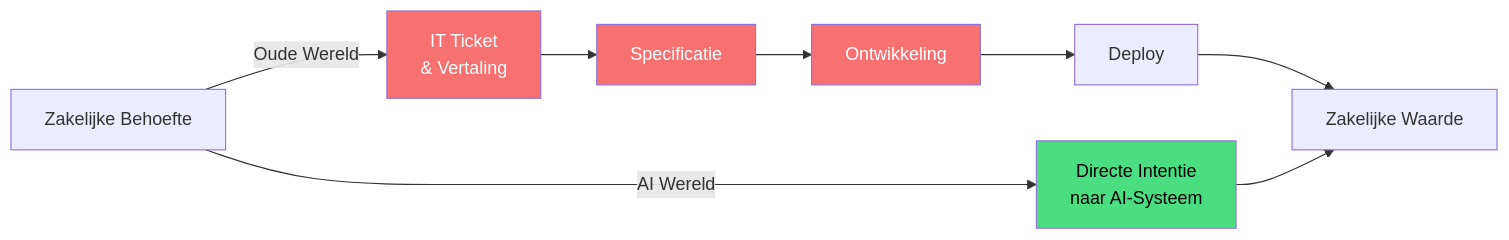
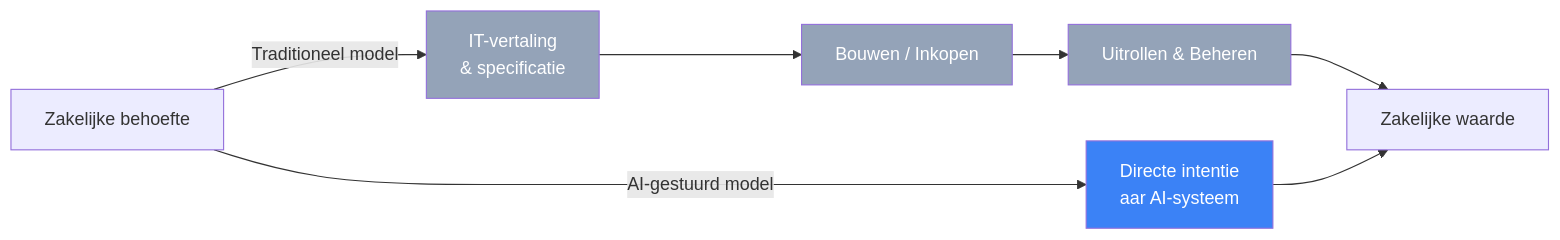
Before and after one commit to fps4/web-faridgurbanov: the first of 4 diagrams in src/content/nl/blog/it-org-ai-transformation.md, drawn with Mermaid. The commit also changed other lines of this file and 13 other files, not shown here.

````diff
--- a/src/content/nl/blog/it-org-ai-transformation.md
+++ b/src/content/nl/blog/it-org-ai-transformation.md
@@ -17,16 +20,15 @@
 ```mermaid
 flowchart LR
-    A["Zakelijke Behoefte"] -->|"Oude Wereld"| B["IT Ticket\n& Vertaling"]
-    B --> C["Specificatie"]
-    C --> D["Ontwikkeling"]
-    D --> E["Deploy"]
-    E --> F["Zakelijke Waarde"]
+    A["Zakelijke behoefte"] -->|"Traditioneel model"| B["IT-vertaling\n& specificatie"]
+    B --> C["Bouwen / Inkopen"]
+    C --> D["Uitrollen & Beheren"]
+    D --> E["Zakelijke waarde"]
 
-    A -->|"AI Wereld"| G["Directe Intentie\nnaar AI‑Systeem"]
-    G --> F
+    A -->|"AI-gestuurd model"| F["Directe intentie\naar AI-systeem"]
+    F --> E
 
-    style B fill:#f87171,color:#fff
-    style C fill:#f87171,color:#fff
-    style D fill:#f87171,color:#fff
-    style G fill:#4ade80,color:#000
+    style B fill:#94a3b8,color:#fff
+    style C fill:#94a3b8,color:#fff
+    style D fill:#94a3b8,color:#fff
+    style F fill:#3b82f6,color:#fff
 ```
````
